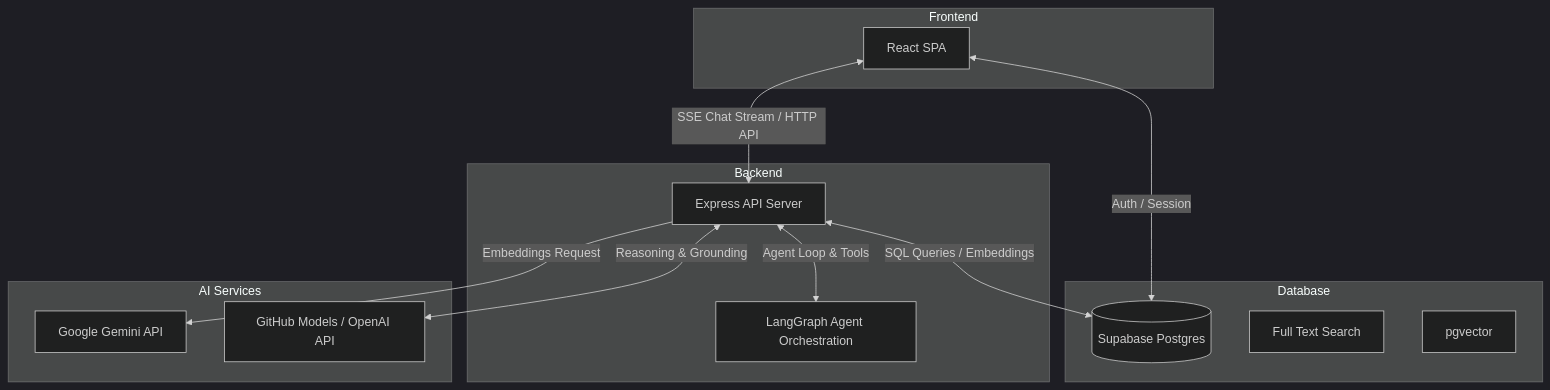
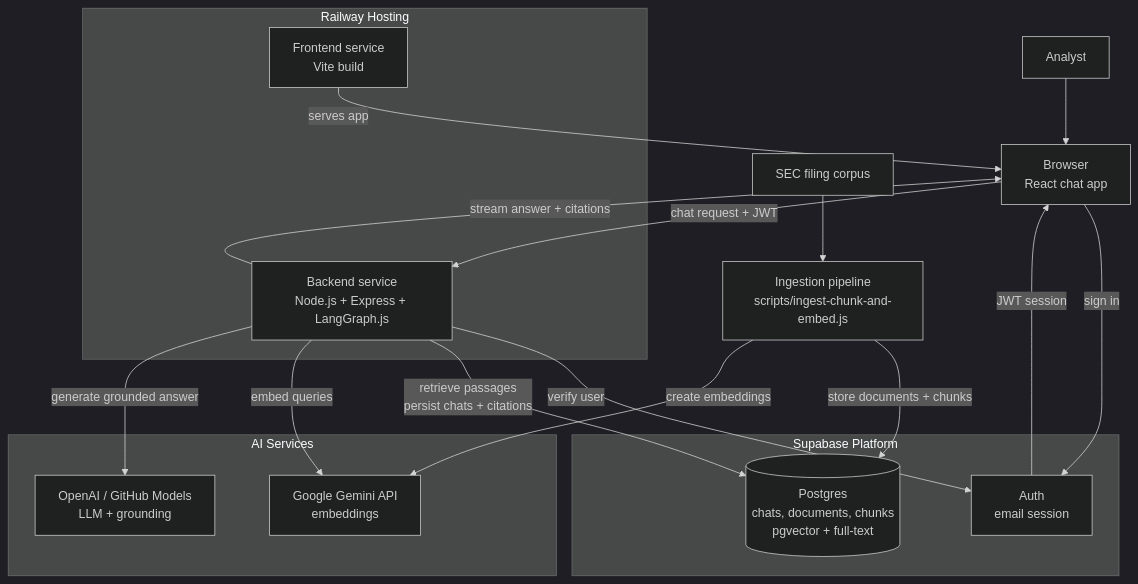
Before and after one commit to Prodipsen27/FinDoc--RAG-SEC-filing-assistant: the diagram in docs/architecture.md, drawn with Mermaid (dark theme).

Commit message:
Update Mermaid diagram in architecture.md to match image layout

````diff
--- a/docs/architecture.md
+++ b/docs/architecture.md
@@ -3,26 +3,33 @@
 ```mermaid
 graph TD
-    subgraph Frontend
-        SPA[React SPA]
-    end
-    subgraph Backend
-        Express[Express API Server]
-        LangGraph[LangGraph Agent Orchestration]
-    end
-    subgraph Database
-        Postgres[(Supabase Postgres)]
-        FTS[Full Text Search]
-        Vector[pgvector]
-    end
-    subgraph AI Services
-        Gemini[Google Gemini API]
-        GitHub[GitHub Models / OpenAI API]
+    Analyst[Analyst] --> Browser[Browser<br/>React chat app]
+
+    subgraph Railway [Railway Hosting]
+        Vite[Frontend service<br/>Vite build]
+        Express[Backend service<br/>Node.js + Express + LangGraph.js]
     end
 
-    SPA <-->|Auth / Session| Postgres
-    SPA <-->|SSE Chat Stream / HTTP API| Express
-    Express <-->|Agent Loop & Tools| LangGraph
-    Express <-->|SQL Queries / Embeddings| Postgres
-    Express -->|Embeddings Request| Gemini
-    Express <-->|Reasoning & Grounding| GitHub
+    subgraph Supabase [Supabase Platform]
+        Auth[Auth<br/>email session]
+        Postgres[(Postgres<br/>chats, documents, chunks<br/>pgvector + full-text)]
+    end
+
+    subgraph AI [AI Services]
+        Gemini[Google Gemini API<br/>embeddings]
+        OpenAI[OpenAI / GitHub Models<br/>LLM + grounding]
+    end
+
+    Vite -->|serves app| Browser
+    Browser -->|sign in| Auth
+    Auth -->|JWT session| Browser
+    Browser -->|chat request + JWT| Express
+    Express -->|verify user| Auth
+    Express -->|stream answer + citations| Browser
+    Express -->|retrieve passages<br/>persist chats + citations| Postgres
+    
+    SEC[SEC filing corpus] --> Ingest[Ingestion pipeline<br/>scripts/ingest-chunk-and-embed.js]
+    Ingest -->|store documents + chunks| Postgres
+    Ingest -->|create embeddings| Gemini
+    Express -->|embed queries| Gemini
+    Express -->|generate grounded answer| OpenAI
 ```
````
